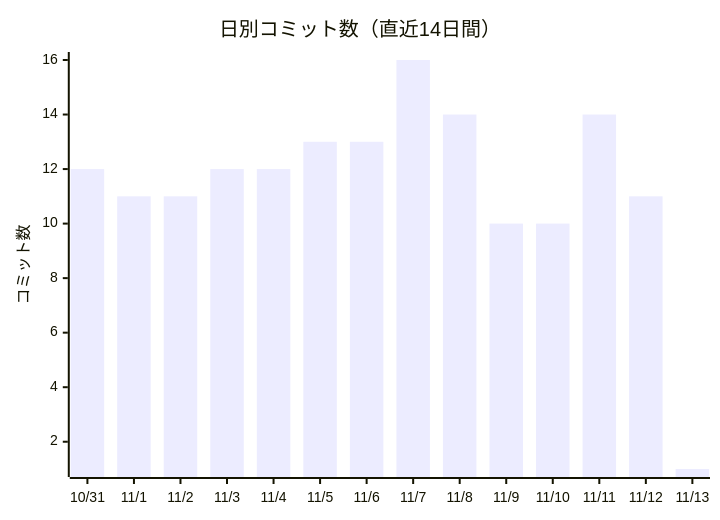
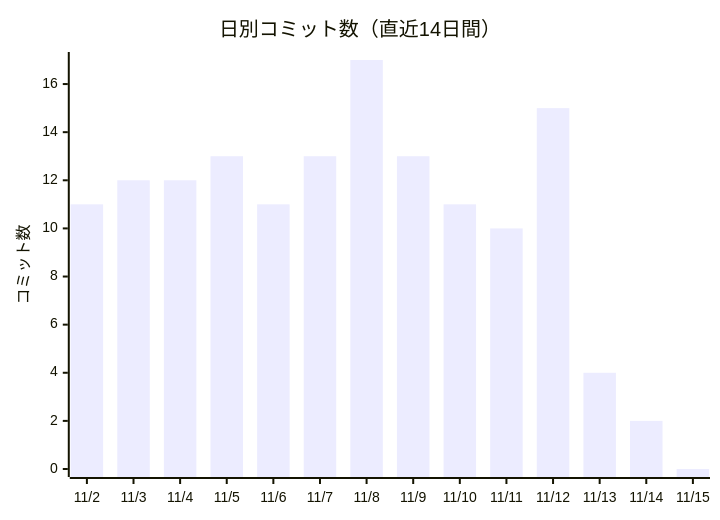
The first of 2 diagrams in docs/進化レポート.md (non-x2/non-x2), drawn with Mermaid before and after one commit. The commit also changed other lines of this file and 2 other files, not shown here.

````diff
--- a/docs/進化レポート.md
+++ b/docs/進化レポート.md
@@ -25,7 +25,7 @@
 ```mermaid
 xychart-beta
     title "日別コミット数（直近14日間）"
-    x-axis ["10/31", "11/1", "11/2", "11/3", "11/4", "11/5", "11/6", "11/7", "11/8", "11/9", "11/10", "11/11", "11/12", "11/13"]
+    x-axis ["11/2", "11/3", "11/4", "11/5", "11/6", "11/7", "11/8", "11/9", "11/10", "11/11", "11/12", "11/13", "11/14", "11/15"]
     y-axis "コミット数"
-    bar [12, 11, 11, 12, 12, 13, 13, 16, 14, 10, 10, 14, 11, 1]
+    bar [11, 12, 12, 13, 11, 13, 17, 13, 11, 10, 15, 4, 2, 0]
 ```
````
